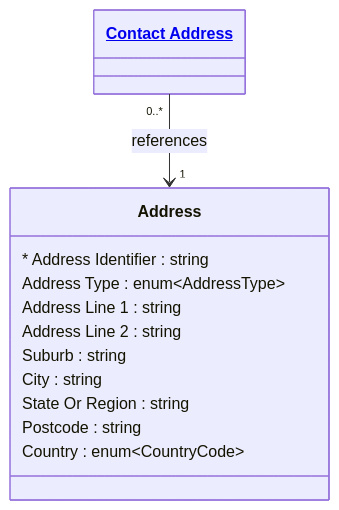
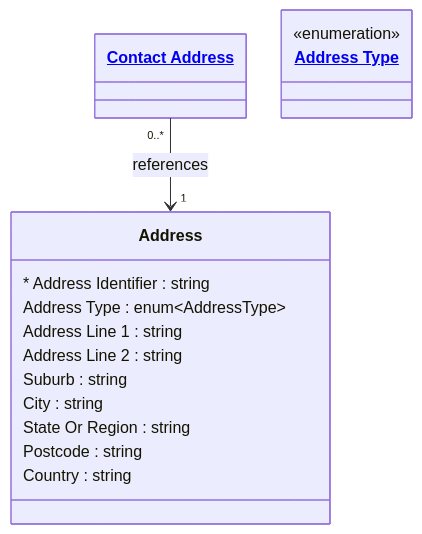
One commit to Semprini/md-ddl changed the diagram in examples/Financial Crime/entities/address.md. Above: the diagram before and after it, drawn with Mermaid. The commit also changed other lines of this file and 48 other files, not shown here.

````diff
--- a/examples/Financial Crime/entities/address.md
+++ b/examples/Financial Crime/entities/address.md
@@ -13,22 +13,24 @@
 ```mermaid
 ---
 config:
   layout: elk
 ---
 classDiagram
   class Address{
     * Address Identifier : string
     Address Type : enum~AddressType~
     Address Line 1 : string
     Address Line 2 : string
     Suburb : string
     City : string
     State Or Region : string
     Postcode : string
-    Country : enum~CountryCode~
+    Country : string
   }
 
   ContactAddress "0..*" --> "1" Address : references
 
+  class AddressType["<a href='../enums.md#address-type'>Address Type</a>"]{<<enumeration>>}
+
   class ContactAddress["<a href='contact_address.md'>Contact Address</a>"]
 ```
````
